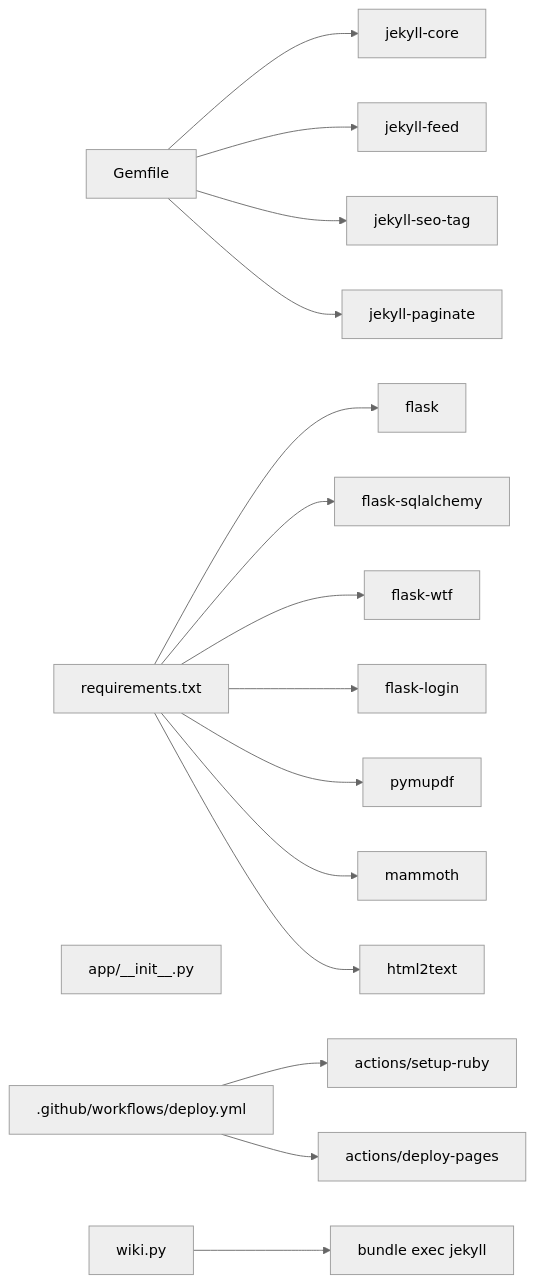
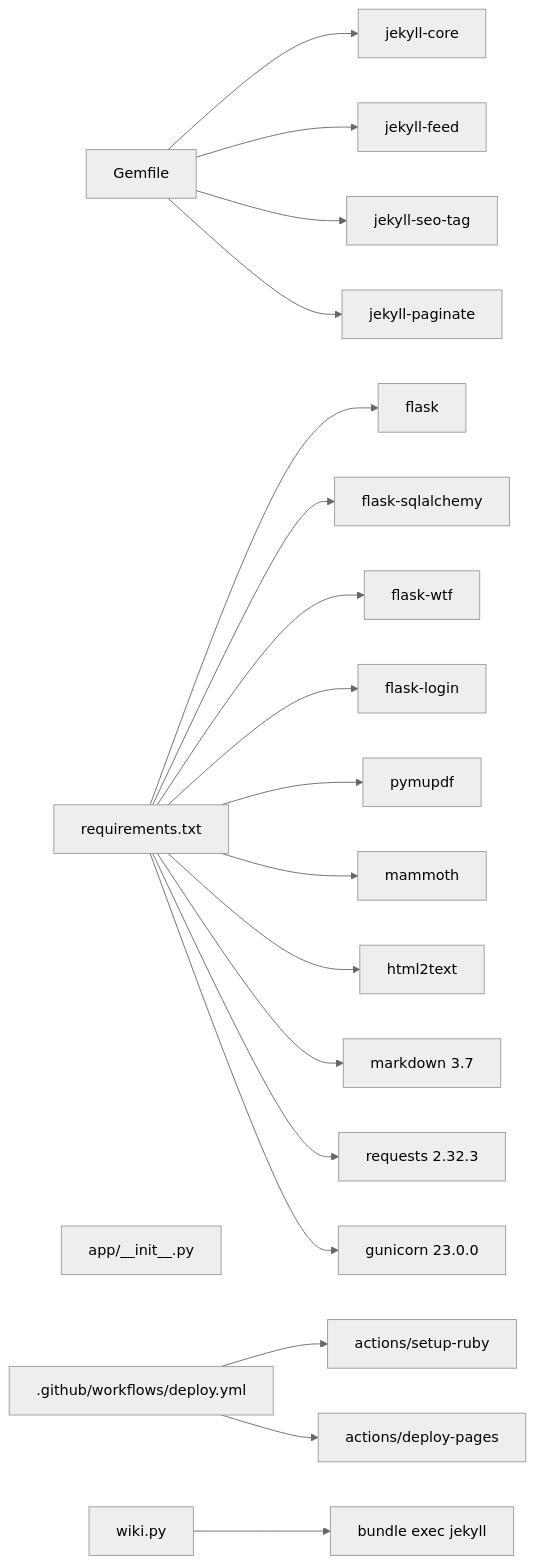
One commit to PolarisW007/PolaZhenJing changed the fifth of 5 diagrams in .qoder/repowiki/en/content/Deployment and DevOps.md. Above: the diagram before and after it, drawn with Mermaid (neutral theme). The commit also changed other lines of this file and 4 other files, not shown here.

````diff
--- a/.qoder/repowiki/en/content/Deployment and DevOps.md
+++ b/.qoder/repowiki/en/content/Deployment and DevOps.md
@@ -364,22 +432,25 @@
 ```mermaid
 graph LR
 GEM["Gemfile"]
 REQ["requirements.txt"]
 FLASK["app/__init__.py"]
 GHA[".github/workflows/deploy.yml"]
 WIKI["wiki.py"]
 GEM --> JEKYLL["jekyll-core"]
 GEM --> FEED["jekyll-feed"]
 GEM --> SEO["jekyll-seo-tag"]
 GEM --> PAGINATE["jekyll-paginate"]
 REQ --> FLASKCORE["flask"]
 REQ --> SQLALCHEMY["flask-sqlalchemy"]
 REQ --> WTFFORMS["flask-wtf"]
 REQ --> LOGIN["flask-login"]
 REQ --> PYPDF["pymupdf"]
 REQ --> MAMMOTH["mammoth"]
 REQ --> HTML2TEXT["html2text"]
+REQ --> MARKDOWN["markdown 3.7"]
+REQ --> REQUESTS["requests 2.32.3"]
+REQ --> GUNICORN["gunicorn 23.0.0"]
 GHA --> RUBYSETUP["actions/setup-ruby"]
 GHA --> DEPLOY["actions/deploy-pages"]
 WIKI --> BUNDLE["bundle exec jekyll"]
 ```
````
